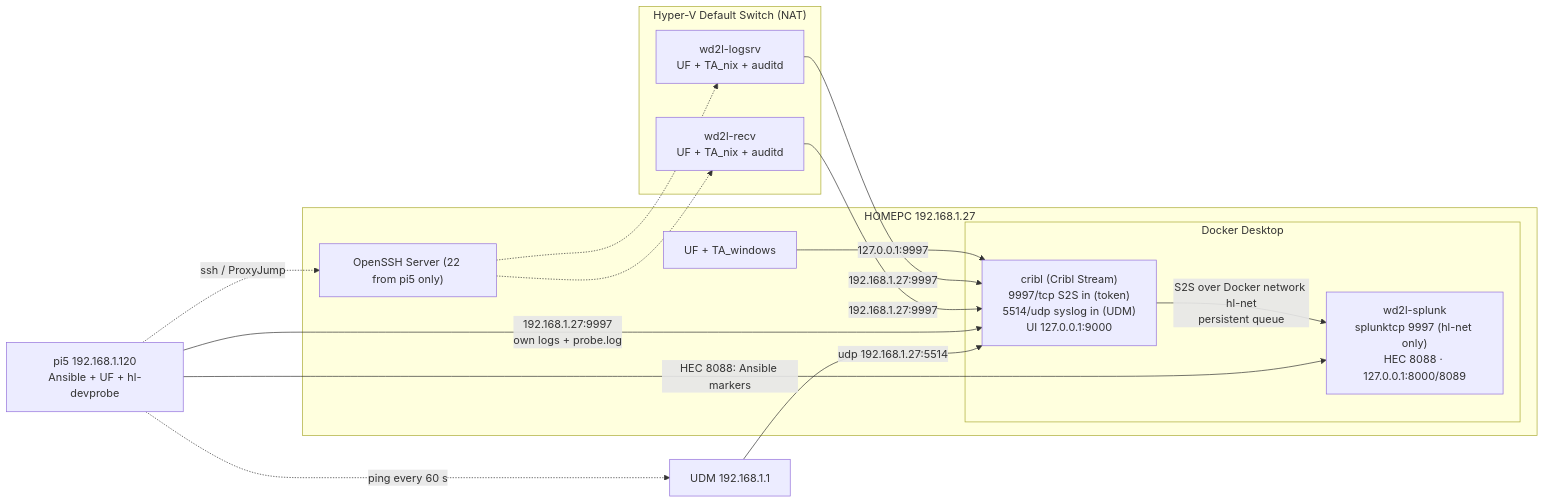
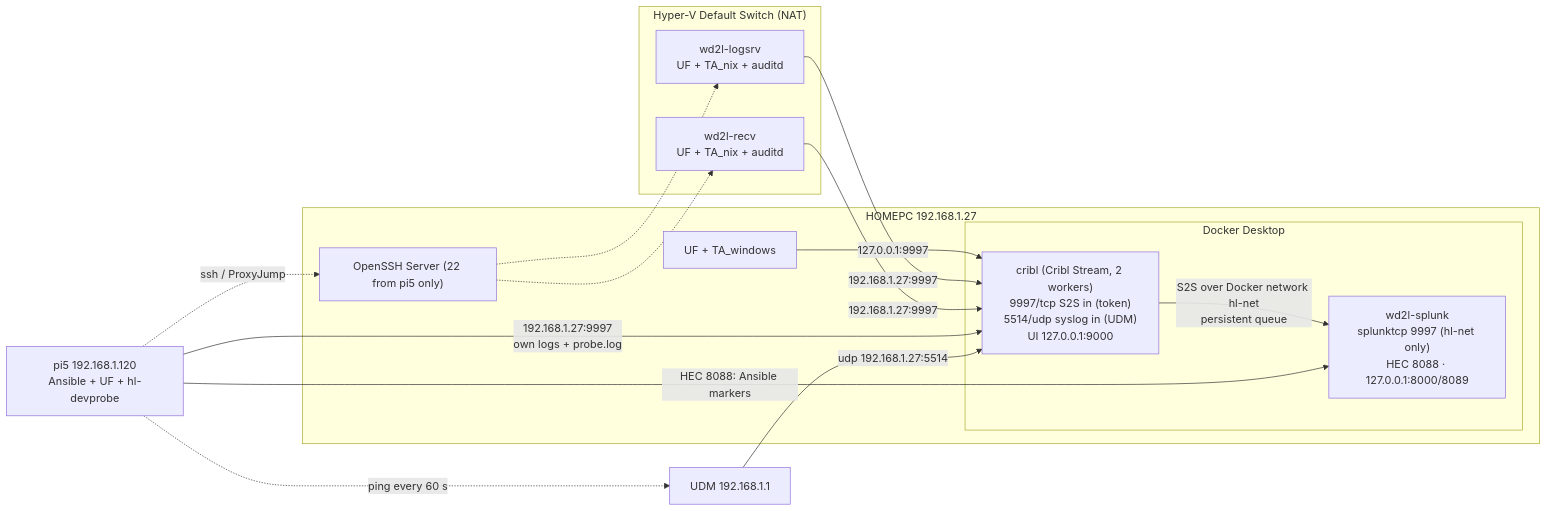
Before and after one commit to JoeHazurmoney/homelab-splunk-missing-source: the diagram in docs/architecture.md, drawn with Mermaid. The commit also changed other lines of this file and 8 other files, not shown here.

First line of the commit message:
docs: README, architecture, running the role, data-health design, runbook and testing (task 13)

````diff
--- a/docs/architecture.md
+++ b/docs/architecture.md
@@ -8,28 +8,28 @@
 ```mermaid
 flowchart LR
   subgraph PC["HOMEPC 192.168.1.27"]
     WUF["UF + TA_windows"]
     subgraph DD["Docker Desktop"]
-      CRIBL["cribl (Cribl Stream)<br/>9997/tcp S2S in (token)<br/>5514/udp syslog in (UDM)<br/>UI 127.0.0.1:9000"]
+      CRIBL["cribl (Cribl Stream, 2 workers)<br/>9997/tcp S2S in (token)<br/>5514/udp syslog in (UDM)<br/>UI 127.0.0.1:9000"]
       SPL["wd2l-splunk<br/>splunktcp 9997 (hl-net only)<br/>HEC 8088 · 127.0.0.1:8000/8089"]
       CRIBL -->|"S2S over Docker network hl-net<br/>persistent queue"| SPL
     end
     SSHD["OpenSSH Server (22 from pi5 only)"]
   end
   subgraph HV["Hyper-V Default Switch (NAT)"]
     L["wd2l-logsrv<br/>UF + TA_nix + auditd"]
     R["wd2l-recv<br/>UF + TA_nix + auditd"]
   end
   PI["pi5 192.168.1.120<br/>Ansible + UF + hl-devprobe"]
   UDM["UDM 192.168.1.1"]
   WUF -->|"127.0.0.1:9997"| CRIBL
   L -->|"192.168.1.27:9997"| CRIBL
   R -->|"192.168.1.27:9997"| CRIBL
   PI -->|"192.168.1.27:9997<br/>own logs + probe.log"| CRIBL
   UDM -->|"udp 192.168.1.27:5514"| CRIBL
   PI -->|"HEC 8088: Ansible markers"| SPL
   PI -. "ping every 60 s" .-> UDM
   PI -. "ssh / ProxyJump" .-> SSHD
   SSHD -.-> L
   SSHD -.-> R
 ```
````
